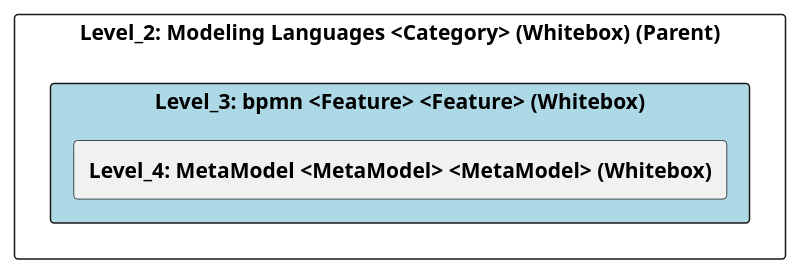
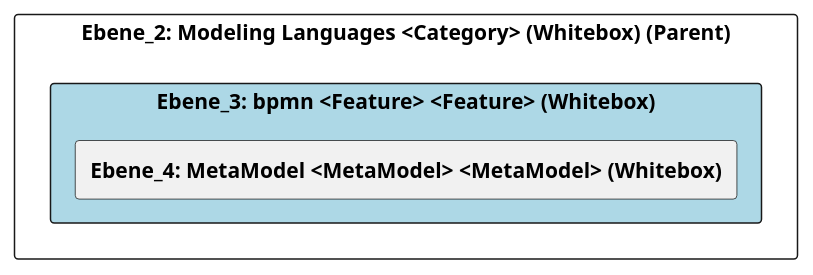
One commit to marcozwyssig/cleon changed the diagram in doc/cleonproject_deliverables_architecture_model_architecture/adoc/de/05_bausteinsicht/cleon/modeling_languages/bpmn/ebene_3_bpmn.adoc. Above: the diagram before and after it, drawn with PlantUML. The commit also changed other lines of this file and 150 other files, not shown here.

```diff
--- a/doc/cleonproject_deliverables_architecture_model_architecture/adoc/de/05_bausteinsicht/cleon/modeling_languages/bpmn/ebene_3_bpmn.adoc
+++ b/doc/cleonproject_deliverables_architecture_model_architecture/adoc/de/05_bausteinsicht/cleon/modeling_languages/bpmn/ebene_3_bpmn.adoc
@@ -20,26 +20,24 @@
-[plantuml, Level_3: bpmn <Feature> <Feature> (Whitebox)BlockOverview, format="svg"]
+[plantuml, Ebene_3: bpmn <Feature> <Feature> (Whitebox)BlockOverview, format="svg"]
 ----
-@startuml Level_3: bpmn <Feature> <Feature> (Whitebox)BuildingBlockOverview
+@startuml Ebene_3: bpmn <Feature> <Feature> (Whitebox)BuildingBlockOverview
 
 skinparam ranksep 10
 skinparam componentStyle rectangle
 skinparam shadowing false
 skinparam arrowColor lightblue
 skinparam arrowThickness 1.2
 skinparam rectangle {
   BackgroundColor White
   BorderColor #333
   RoundCorner 10
 }
 top to bottom direction
 
-component "Level_2: Modeling Languages <Category> (Whitebox) (Parent)" {
-    component "Level_3: bpmn <Feature> <Feature> (Whitebox)" #lightblue {
-        [**Level_4: MetaModel <MetaModel> <MetaModel> (Whitebox)**] as 4A56DE51_D579_11EE_903E_9F564E4DE07E
+component "Ebene_2: Modeling Languages <Category> (Whitebox) (Parent)" {
+    component "Ebene_3: bpmn <Feature> <Feature> (Whitebox)" #lightblue {
+        [**Ebene_4: MetaModel <MetaModel> <MetaModel> (Whitebox)**] as 4A56DE51_D579_11EE_903E_9F564E4DE07E
     }
-
-    
 }
 
 @enduml
 ----
```
